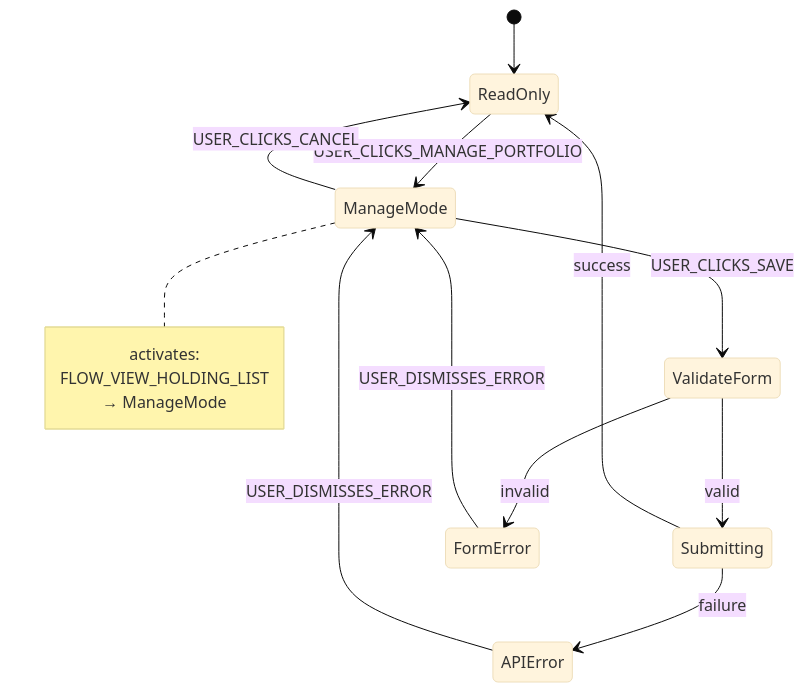
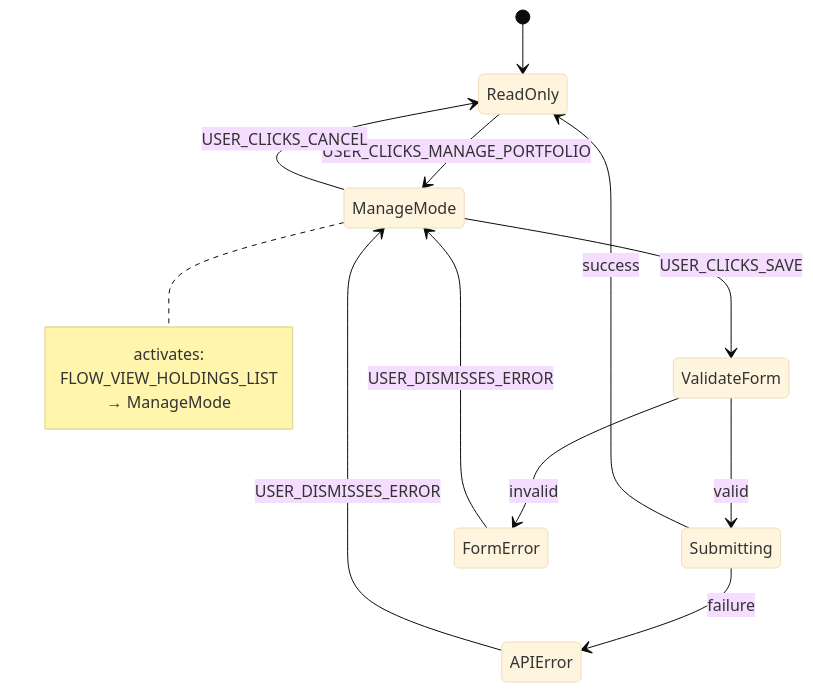
The sixth of 43 diagrams in product_spec.md (enzhao/Sentinel), drawn with Mermaid (base theme) before and after one commit. The commit also changed other lines of this file and 4 other files, not shown here.

First line of the commit message:
docs(spec): clarify and rename UI flow definitions

````diff
--- a/product_spec.md
+++ b/product_spec.md
@@ -338,20 +338,20 @@
 ```mermaid
 stateDiagram-v2
     [*] --> ReadOnly
     ReadOnly --> ManageMode : USER_CLICKS_MANAGE_PORTFOLIO
     ManageMode --> ValidateForm : USER_CLICKS_SAVE
     ManageMode --> ReadOnly : USER_CLICKS_CANCEL
 
     ValidateForm --> Submitting : valid
     ValidateForm --> FormError : invalid
 
     Submitting --> ReadOnly : success
     Submitting --> APIError : failure
 
     FormError --> ManageMode : USER_DISMISSES_ERROR
     APIError --> ManageMode : USER_DISMISSES_ERROR
 
     note right of ManageMode
-      activates:<br>FLOW_VIEW_HOLDING_LIST<br>→ ManageMode
+      activates:<br>FLOW_VIEW_HOLDINGS_LIST<br>→ ManageMode
     end note
 ```
````
